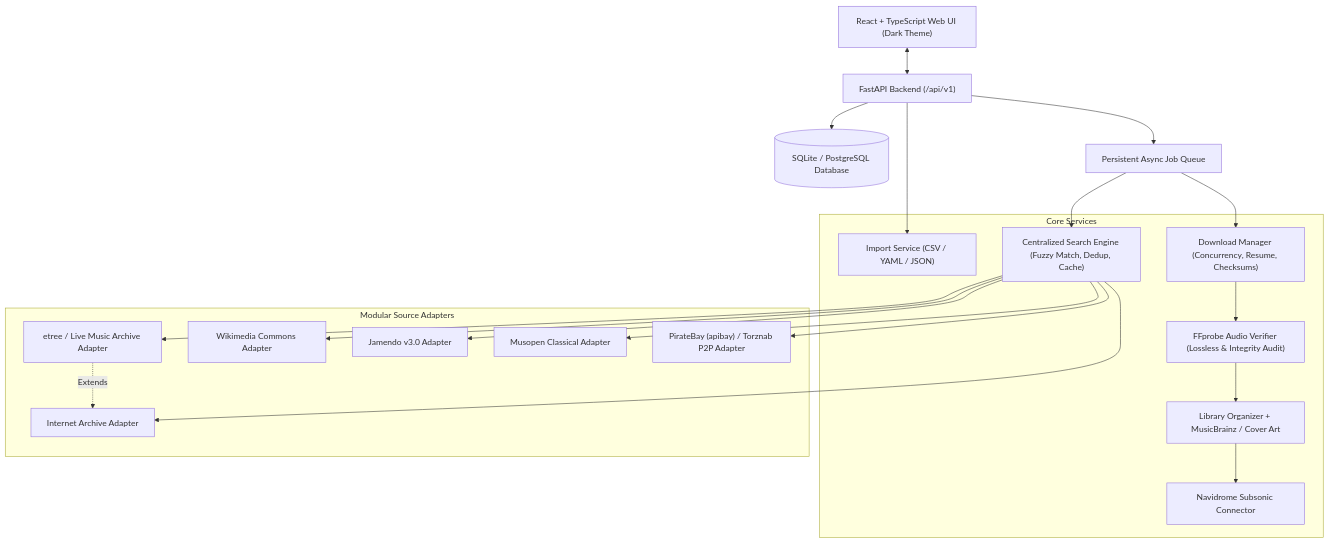
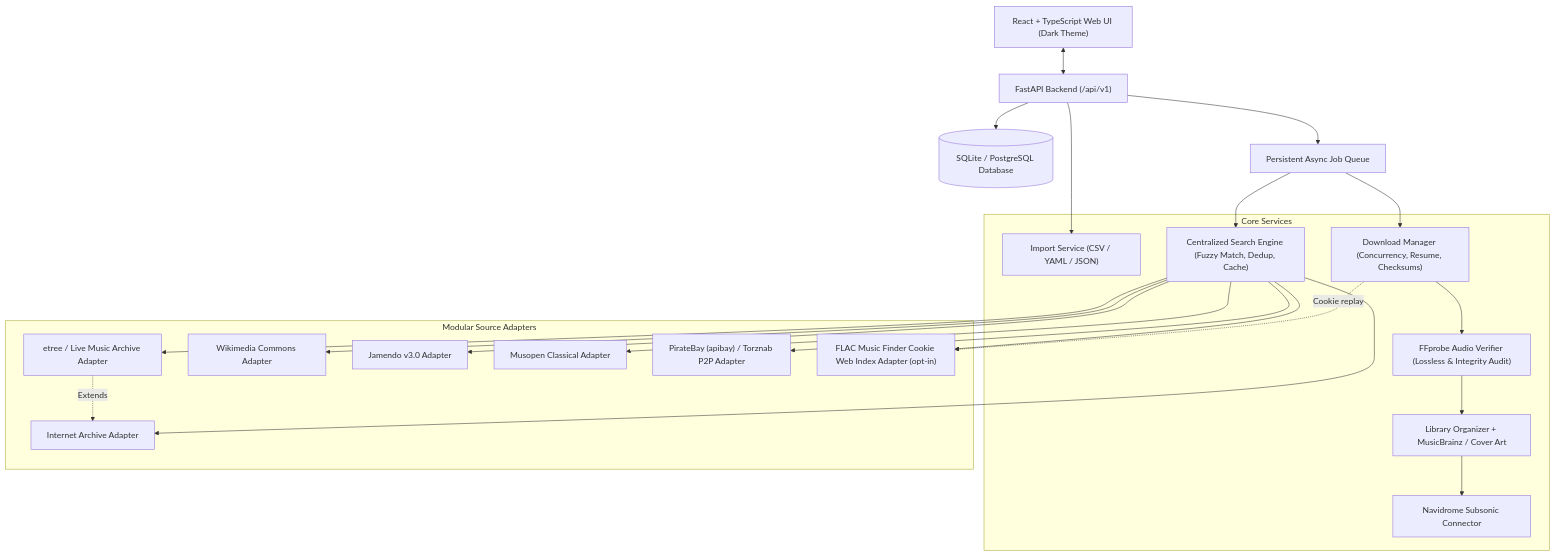
One commit to Tomajashi/openmusic-archive-manager changed the diagram in docs/ARCHITECTURE.md. Above: the diagram before and after it, drawn with Mermaid. The commit also changed other lines of this file and 15 other files, not shown here.

````diff
--- a/docs/ARCHITECTURE.md
+++ b/docs/ARCHITECTURE.md
@@ -7,42 +7,45 @@
 ```mermaid
 flowchart TD
     UI["React + TypeScript Web UI (Dark Theme)"]
     API["FastAPI Backend (/api/v1)"]
     DB[("SQLite / PostgreSQL Database")]
     JQ["Persistent Async Job Queue"]
 
     subgraph Core Services
         IMP["Import Service (CSV / YAML / JSON)"]
         SE["Centralized Search Engine (Fuzzy Match, Dedup, Cache)"]
         DM["Download Manager (Concurrency, Resume, Checksums)"]
         AV["FFprobe Audio Verifier (Lossless & Integrity Audit)"]
         ORG["Library Organizer + MusicBrainz / Cover Art"]
         NAV["Navidrome Subsonic Connector"]
     end
 
     subgraph Modular Source Adapters
         IA["Internet Archive Adapter"]
         ET["etree / Live Music Archive Adapter"]
         WM["Wikimedia Commons Adapter"]
         JM["Jamendo v3.0 Adapter"]
         MO["Musopen Classical Adapter"]
         PB["PirateBay (apibay) / Torznab P2P Adapter"]
+        FMF["FLAC Music Finder Cookie Web Index Adapter (opt-in)"]
     end
 
     UI <--> API
     API --> DB
     API --> JQ
     API --> IMP
     JQ --> SE
     JQ --> DM
     SE --> IA
     SE --> ET
     ET -.->|Extends| IA
     SE --> WM
     SE --> JM
     SE --> MO
     SE --> PB
+    SE --> FMF
+    DM -.->|Cookie replay| FMF
     DM --> AV
     AV --> ORG
     ORG --> NAV
 ```
````
